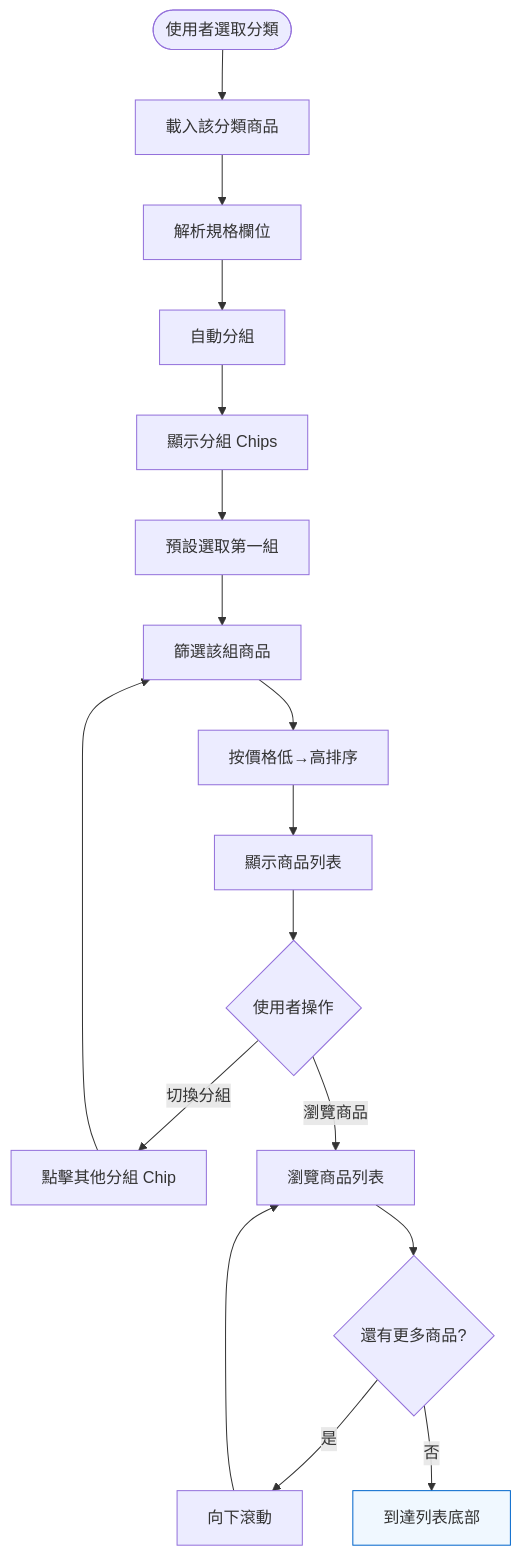
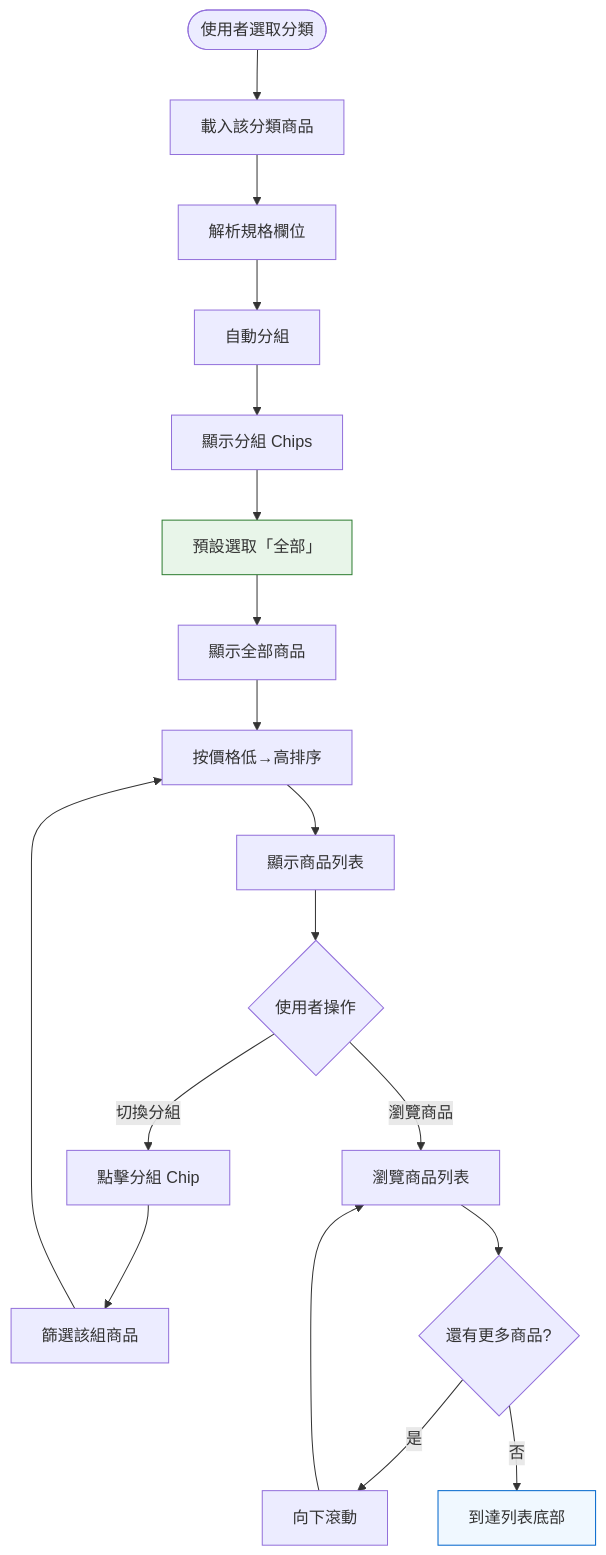
One commit to YuHaoLiaoSideProject/CoolPCTracker changed the first of 2 diagrams in docs/interaction-flows/018-dashboard-groups.md. Above: the diagram before and after it, drawn with Mermaid. The commit also changed other lines of this file and 20 other files, not shown here.

````diff
--- a/docs/interaction-flows/018-dashboard-groups.md
+++ b/docs/interaction-flows/018-dashboard-groups.md
@@ -36,29 +48,31 @@
 ```mermaid
 flowchart TD
     Start([使用者選取分類])
     
     Start --> LoadCategory[載入該分類商品]
     LoadCategory --> ParseSpec[解析規格欄位]
     ParseSpec --> AutoGroup[自動分組]
     
     AutoGroup --> ShowChips[顯示分組 Chips]
-    ShowChips --> DefaultGroup[預設選取第一組]
-    DefaultGroup --> FilterItems[篩選該組商品]
-    FilterItems --> SortByPrice[按價格低→高排序]
+    ShowChips --> DefaultAll[預設選取「全部」]
+    DefaultAll --> ShowAll[顯示全部商品]
+    ShowAll --> SortByPrice[按價格低→高排序]
     SortByPrice --> ShowList[顯示商品列表]
     
     ShowList --> UserAction{使用者操作}
     
-    UserAction -->|切換分組| SwitchGroup[點擊其他分組 Chip]
+    UserAction -->|切換分組| SwitchGroup[點擊分組 Chip]
     UserAction -->|瀏覽商品| BrowseItems[瀏覽商品列表]
     
-    SwitchGroup --> FilterItems
+    SwitchGroup --> FilterByGroup[篩選該組商品]
+    FilterByGroup --> SortByPrice
     
     BrowseItems --> HasMore{還有更多商品?}
     HasMore -->|是| ScrollDown[向下滾動]
     HasMore -->|否| EndOfList[到達列表底部]
     
     ScrollDown --> BrowseItems
     
+    style DefaultAll fill:#e8f5e9,stroke:#2e7d32
     style EndOfList fill:#f0f8ff,stroke:#0066cc
 ```
````
